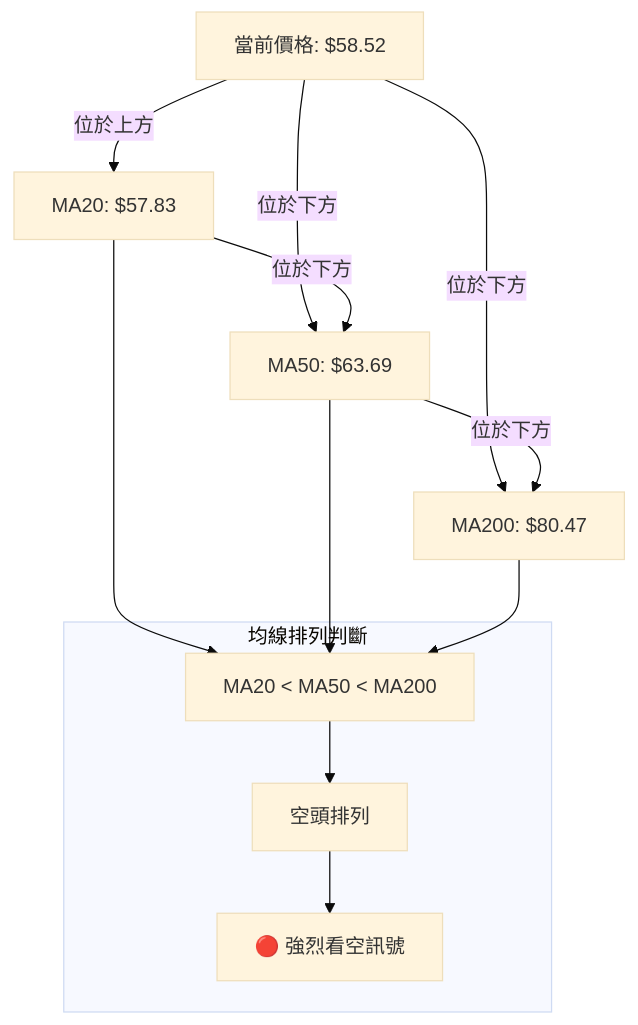
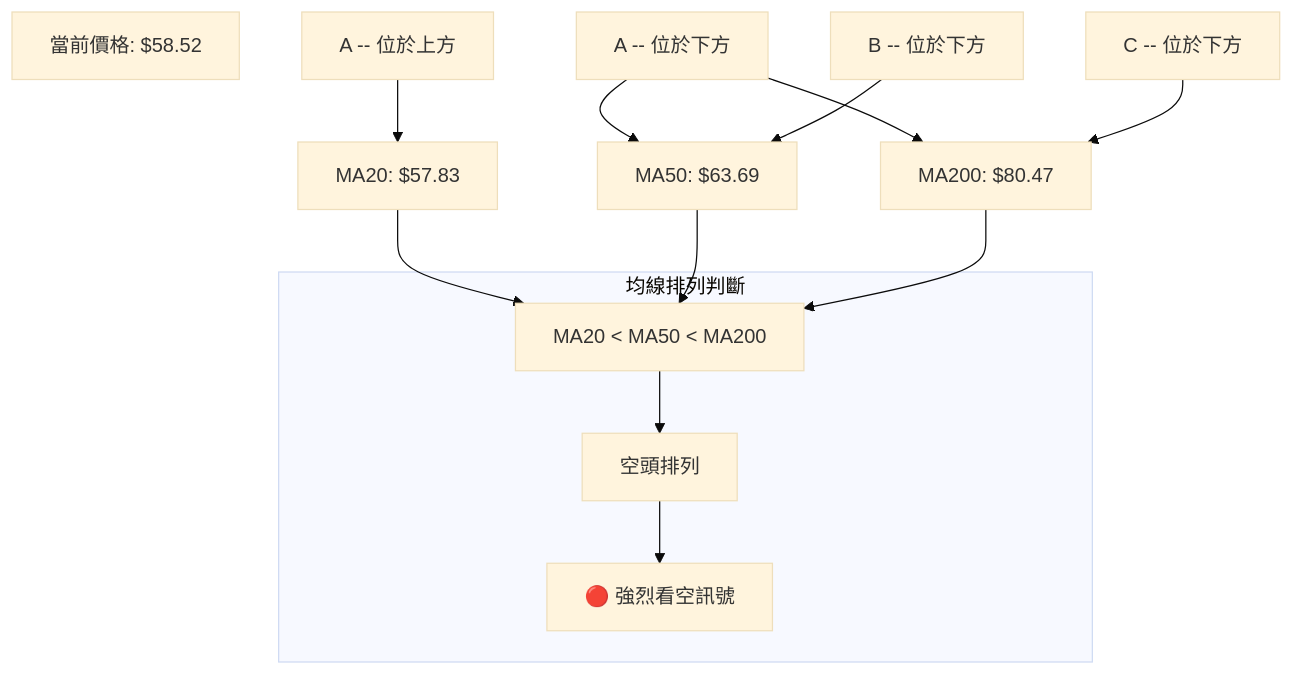
The sixth of 7 diagrams in ai_gen_report/stock/ktos/technical_analysis_2026-06-07_gemini.md (yennanliu/finance_data), drawn with Mermaid (base theme) before and after one commit. The commit also changed other lines of this file and 2258 other files, not shown here.

First line of the commit message:
chore: backfill Mermaid syntax repair across existing reports

````diff
--- a/ai_gen_report/stock/ktos/technical_analysis_2026-06-07_gemini.md
+++ b/ai_gen_report/stock/ktos/technical_analysis_2026-06-07_gemini.md
@@ -486,26 +486,26 @@
 ```mermaid
 graph TD
     A["當前價格: $58.52"]
     B["MA20: $57.83"]
     C["MA50: $63.69"]
     D["MA200: $80.47"]
 
-    A -- 位於上方 --> B
-    A -- 位於下方 --> C
-    A -- 位於下方 --> D
+    nb1["A -- 位於上方"] --> B
+    nb2["A -- 位於下方"] --> C
+    nb2["A -- 位於下方"] --> D
 
-    B -- 位於下方 --> C
-    C -- 位於下方 --> D
+    nb3["B -- 位於下方"] --> C
+    nb4["C -- 位於下方"] --> D
 
     subgraph 均線排列判斷
         E["MA20 < MA50 < MA200"]
         F["空頭排列"]
         G["🔴 強烈看空訊號"]
     end
 
     B --> E
     C --> E
     D --> E
     E --> F
     F --> G
 ```
````
